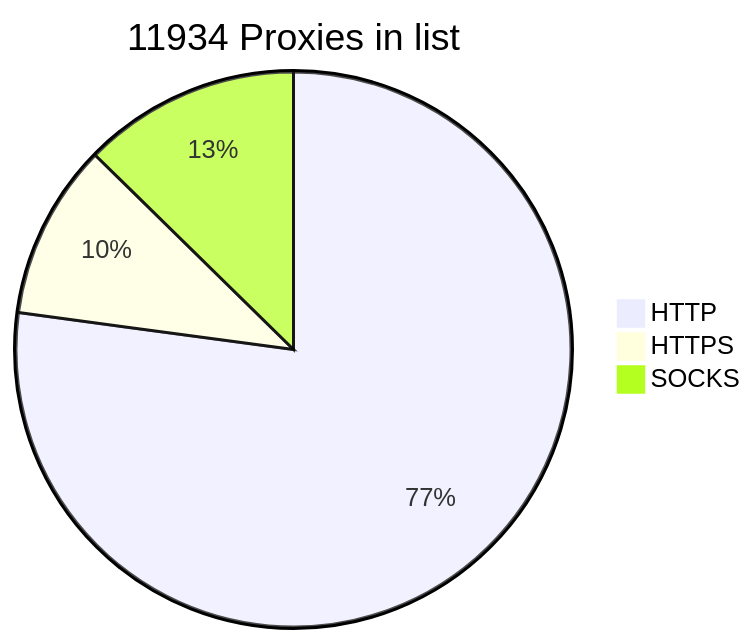
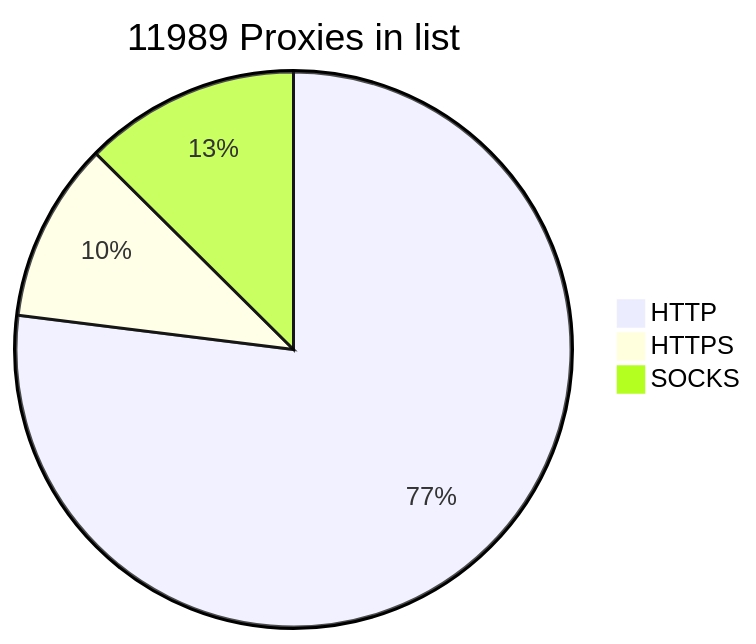
Before and after one commit to BlackSnowDot/proxylist-update-every-minute: the diagram in README.md, drawn with Mermaid. The commit also changed other lines of this file, not shown here.

````diff
--- a/README.md
+++ b/README.md
@@ -2,6 +2,6 @@
 ```mermaid
-pie title 11934 Proxies in list
-    "HTTP" : 9250
-    "HTTPS": 1225
-    "SOCKS" : 1518
+pie title 11989 Proxies in list
+    "HTTP" : 9317
+    "HTTPS": 1267
+    "SOCKS" : 1521
 ```
````
